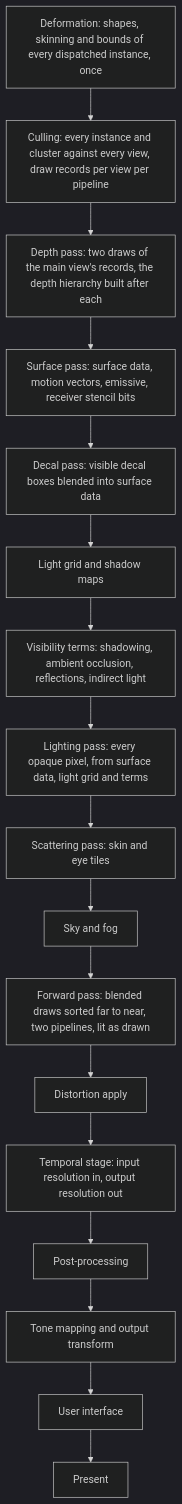
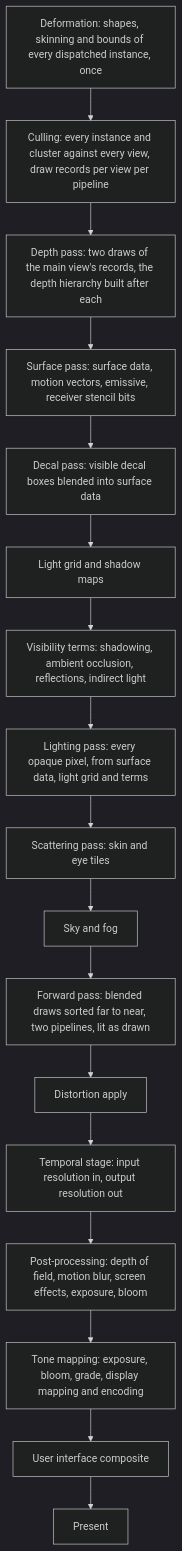
One commit to plainsight-systems/bullet-witch changed the second of 3 diagrams in docs/architecture/scene-renderer.md. Above: the diagram before and after it, drawn with Mermaid (dark theme). The commit also changed other lines of this file and 6 other files, not shown here.

Commit message:
Describe post-processing: histogram exposure with pre-exposure, one graded lookup table, display mapping last

````diff
--- a/docs/architecture/scene-renderer.md
+++ b/docs/architecture/scene-renderer.md
@@ -80,19 +84,19 @@
 ```mermaid
 flowchart TD
     DF["Deformation: shapes, skinning and bounds of every dispatched instance, once"] --> CU["Culling: every instance and cluster against every view, draw records per view per pipeline"]
     CU --> DP["Depth pass: two draws of the main view's records, the depth hierarchy built after each"]
     DP --> SP["Surface pass: surface data, motion vectors, emissive, receiver stencil bits"]
     SP --> DC["Decal pass: visible decal boxes blended into surface data"]
     DC --> LG["Light grid and shadow maps"]
     LG --> VT["Visibility terms: shadowing, ambient occlusion, reflections, indirect light"]
     VT --> LP["Lighting pass: every opaque pixel, from surface data, light grid and terms"]
     LP --> SS["Scattering pass: skin and eye tiles"]
     SS --> SF["Sky and fog"]
     SF --> FP["Forward pass: blended draws sorted far to near, two pipelines, lit as drawn"]
     FP --> DA["Distortion apply"]
     DA --> TS["Temporal stage: input resolution in, output resolution out"]
-    TS --> PP["Post-processing"]
-    PP --> TM["Tone mapping and output transform"]
-    TM --> UI["User interface"]
+    TS --> PP["Post-processing: depth of field, motion blur, screen effects, exposure, bloom"]
+    PP --> TM["Tone mapping: exposure, bloom, grade, display mapping and encoding"]
+    TM --> UI["User interface composite"]
     UI --> PR["Present"]
 ```
````
